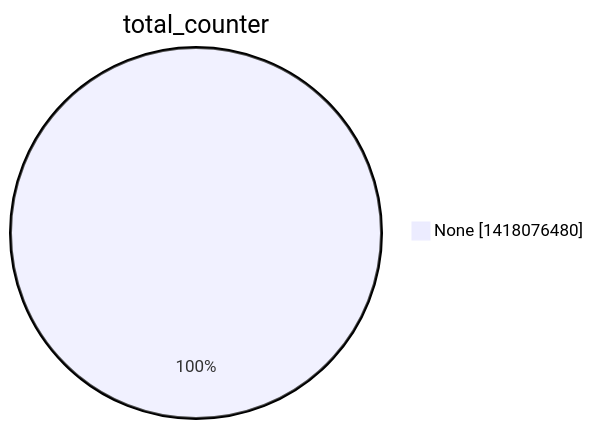
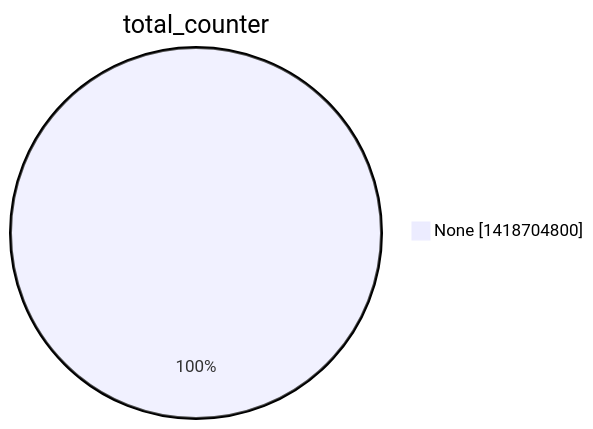
Before and after one commit to christiankrug/ctmonitor_visualization: the second of 15 diagrams in argon2022/README.md, drawn with Mermaid. The commit also changed other lines of this file, not shown here.

````diff
--- a/argon2022/README.md
+++ b/argon2022/README.md
@@ -9,5 +9,5 @@
 ```mermaid
 pie showData
 title total_counter
-"None" :1418076480
+"None" :1418704800
 ```
````
